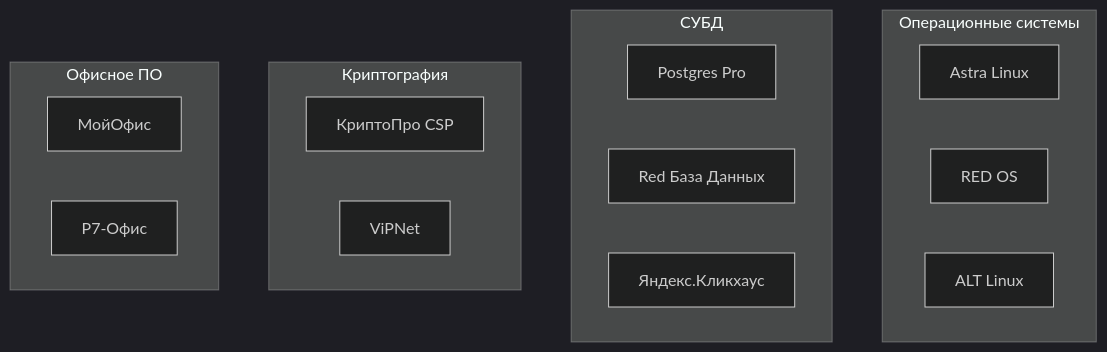
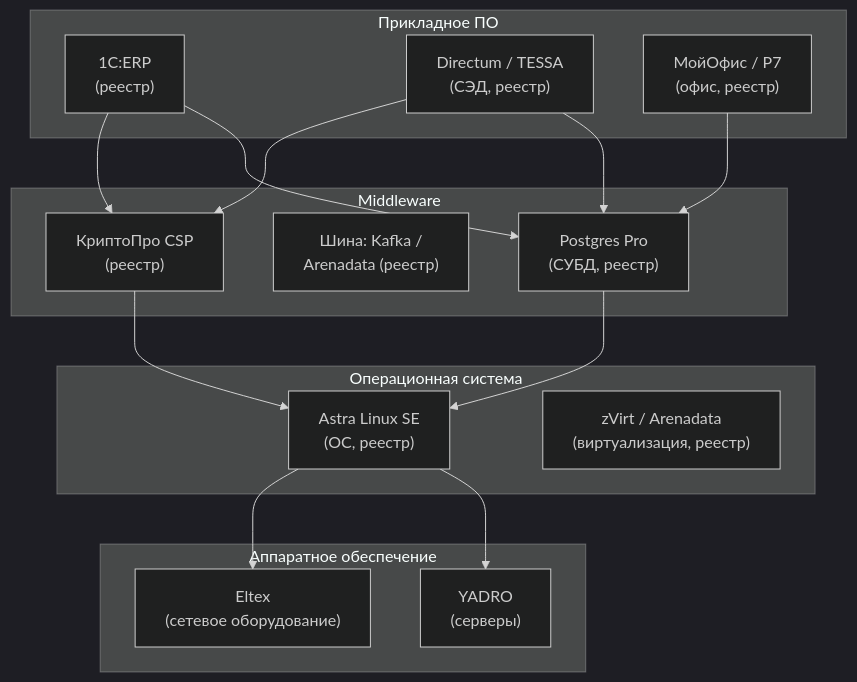
Before and after one commit to sergeyodnoval-bot/sysanalyst-kb.github.io: the first of 2 diagrams in docs/specialization/govtech-import-substitution.md, drawn with Mermaid (dark theme). The commit also changed other lines of this file and 13 other files, not shown here.

````diff
--- a/docs/specialization/govtech-import-substitution.md
+++ b/docs/specialization/govtech-import-substitution.md
@@ -33,21 +62,34 @@
 ```mermaid
 flowchart TD
-    subgraph OS["Операционные системы"]
-        AL["Astra Linux"]
-        RED["RED OS"]
-        ALT["ALT Linux"]
+    subgraph App["Прикладное ПО"]
+        ERP["1С:ERP<br/>(реестр)"]
+        DOC["Directum / TESSA<br/>(СЭД, реестр)"]
+        OFFICE["МойОфис / Р7<br/>(офис, реестр)"]
     end
-    subgraph DB["СУБД"]
-        PP["Postgres Pro"]
-        RB["Red База Данных"]
-        YA["Яндекс.Кликхаус"]
+
+    subgraph Middleware["Middleware"]
+        DB["Postgres Pro<br/>(СУБД, реестр)"]
+        BUS["Шина: Kafka /<br/>Arenadata (реестр)"]
+        CRYPTO["КриптоПро CSP<br/>(реестр)"]
     end
-    subgraph CRYPTO["Криптография"]
-        CP["КриптоПро CSP"]
-        VN["ViPNet"]
+
+    subgraph OS["Операционная система"]
+        AL["Astra Linux SE<br/>(ОС, реестр)"]
+        VIRT["zVirt / Arenadata<br/>(виртуализация, реестр)"]
     end
-    subgraph OFFICE["Офисное ПО"]
-        MO["МойОфис"]
-        R7["Р7-Офис"]
+
+    subgraph HW["Аппаратное обеспечение"]
+        SERVER["YADRO<br/>(серверы)"]
+        NET["Eltex<br/>(сетевое оборудование)"]
     end
+
+    ERP --> DB
+    DOC --> DB
+    OFFICE --> DB
+    ERP --> CRYPTO
+    DOC --> CRYPTO
+    DB --> AL
+    CRYPTO --> AL
+    AL --> SERVER
+    AL --> NET
 ```
````
